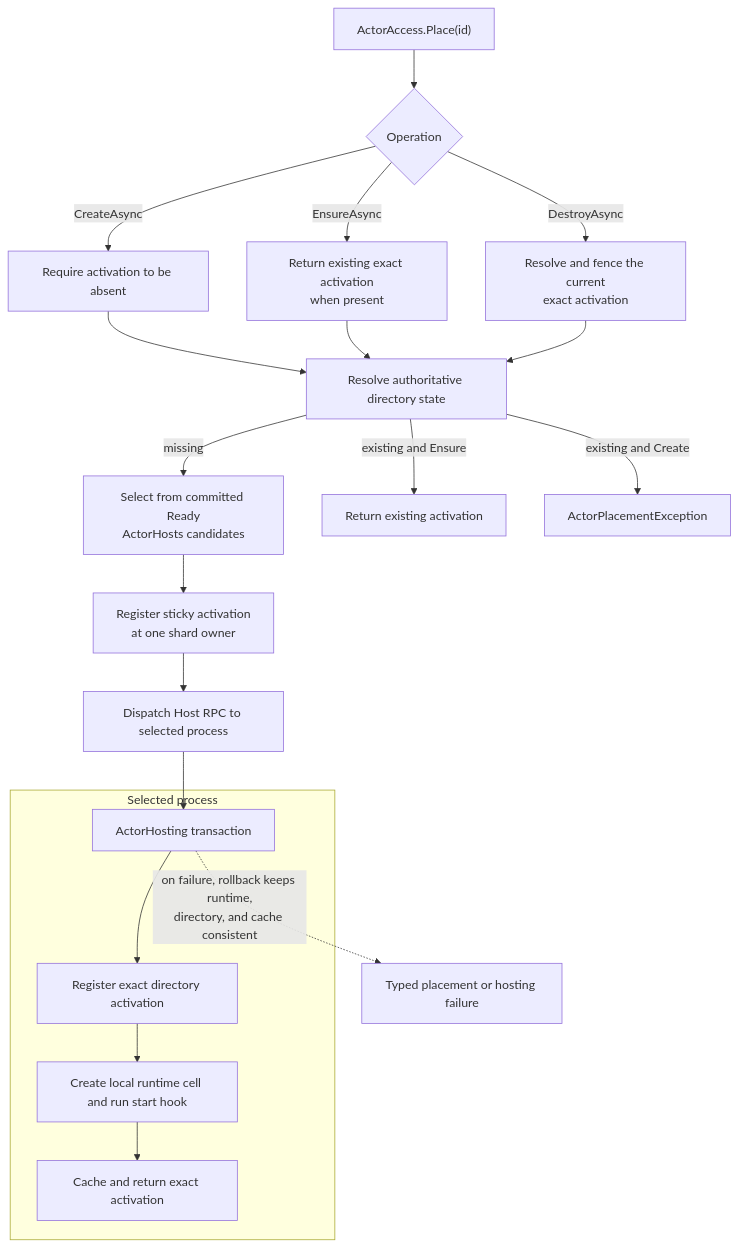
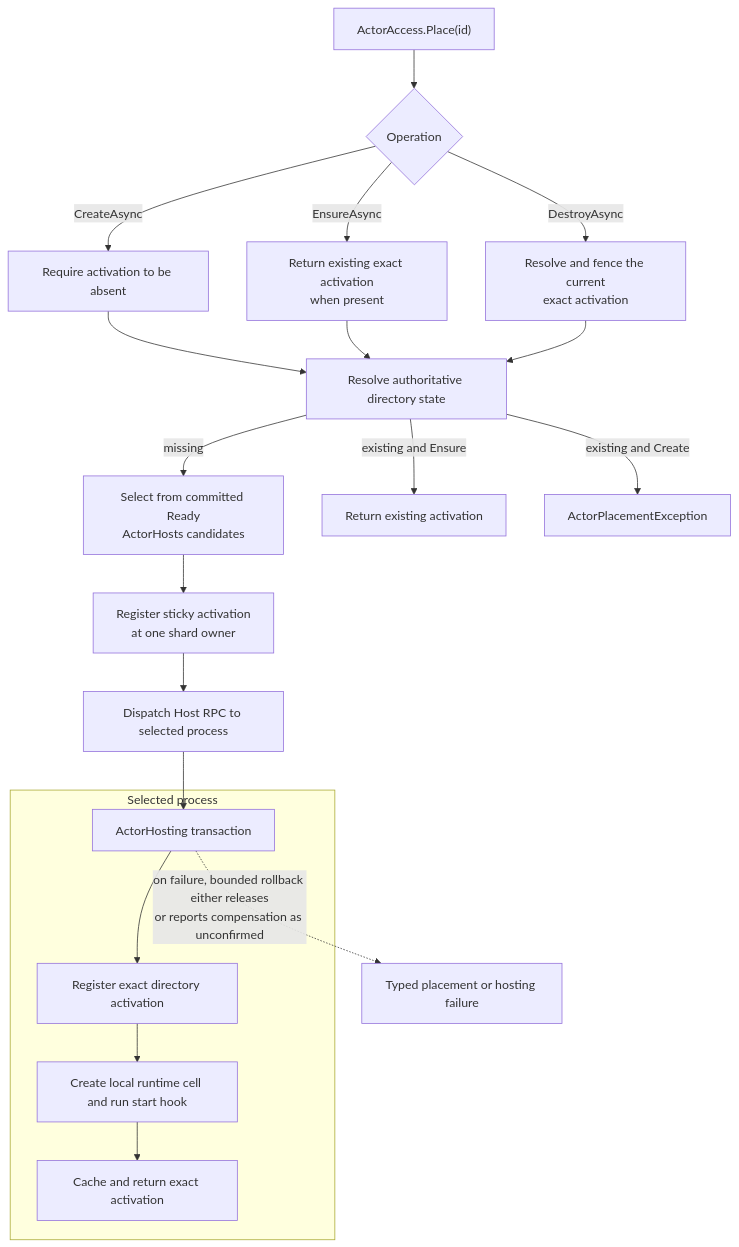
One commit to bruce48x/Lakona changed the fifth of 7 diagrams in docs/actor.md. Above: the diagram before and after it, drawn with Mermaid. The commit also changed other lines of this file and 13 other files, not shown here.

````diff
--- a/docs/actor.md
+++ b/docs/actor.md
@@ -436,24 +436,24 @@
 ```mermaid
 flowchart TD
     B["ActorAccess.Place(id)"] --> O{"Operation"}
     O -->|"CreateAsync"| C["Require activation to be absent"]
     O -->|"EnsureAsync"| E["Return existing exact activation<br/>when present"]
     O -->|"DestroyAsync"| X["Resolve and fence the current<br/>exact activation"]
     C --> R["Resolve authoritative directory state"]
     E --> R
     X --> R
     R -->|"missing"| H["Select from committed Ready<br/>ActorHosts candidates"]
     R -->|"existing and Ensure"| ER["Return existing activation"]
     R -->|"existing and Create"| CF["ActorPlacementException"]
     H --> A["Register sticky activation<br/>at one shard owner"]
     A --> RP["Dispatch Host RPC to selected process"]
     RP --> TX["ActorHosting transaction"]
 
     subgraph Local["Selected process"]
         TX --> DR["Register exact directory activation"]
         DR --> LR["Create local runtime cell and run start hook"]
         LR --> OK["Cache and return exact activation"]
     end
 
-    TX -.->|"on failure, rollback keeps runtime,<br/>directory, and cache consistent"| F["Typed placement or hosting failure"]
+    TX -.->|"on failure, bounded rollback either releases<br/>or reports compensation as unconfirmed"| F["Typed placement or hosting failure"]
 ```
````
